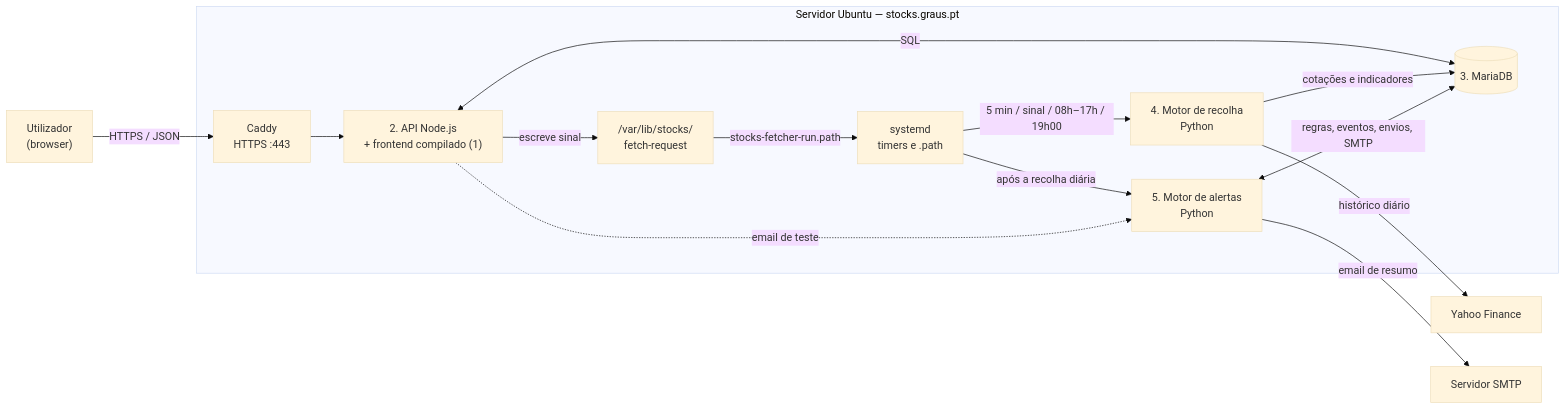
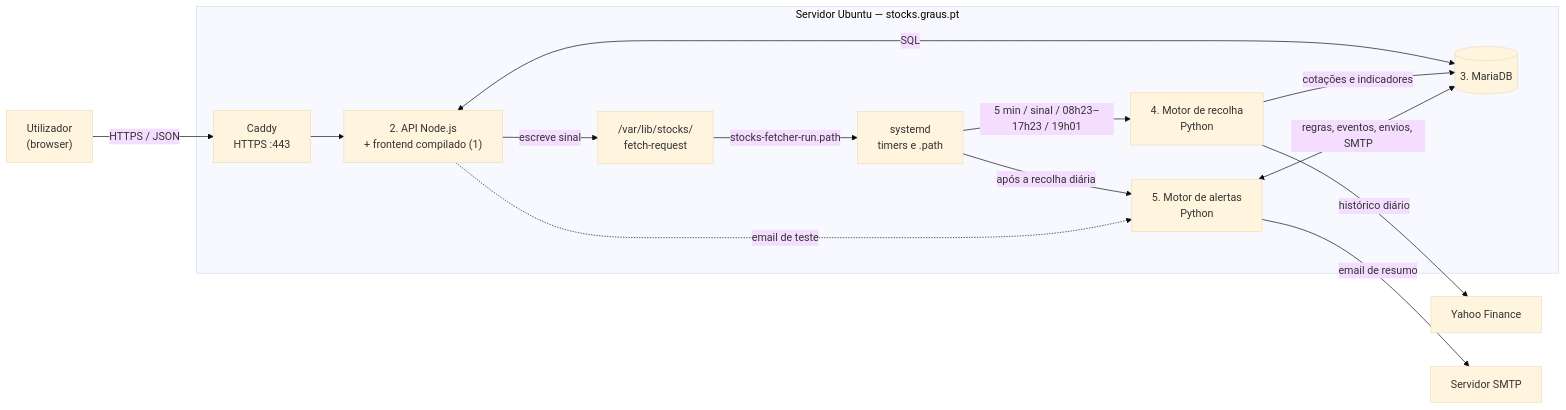
The diagram in docs/arquitectura/arquitectura.md (msant1972/stocks), drawn with Mermaid (base theme) before and after one commit. The commit also changed other lines of this file and 8 other files, not shown here.

````diff
--- a/docs/arquitectura/arquitectura.md
+++ b/docs/arquitectura/arquitectura.md
@@ -50,31 +50,31 @@
 ```mermaid
 flowchart LR
     U["Utilizador<br/>(browser)"]
 
     subgraph SERVER["Servidor Ubuntu — stocks.graus.pt"]
         CADDY["Caddy<br/>HTTPS :443"]
         API["2. API Node.js<br/>+ frontend compilado (1)"]
         DB[("3. MariaDB")]
         FETCH["4. Motor de recolha<br/>Python"]
         ALERT["5. Motor de alertas<br/>Python"]
         SYSD["systemd<br/>timers e .path"]
         SIG["/var/lib/stocks/<br/>fetch-request"]
 
         CADDY --> API
         API <-->|SQL| DB
         API -->|escreve sinal| SIG
         SIG -->|stocks-fetcher-run.path| SYSD
-        SYSD -->|5 min / sinal / 08h–17h / 19h00| FETCH
+        SYSD -->|5 min / sinal / 08h23–17h23 / 19h01| FETCH
         SYSD -->|após a recolha diária| ALERT
         FETCH -->|cotações e indicadores| DB
         ALERT <-->|regras, eventos, envios, SMTP| DB
         API -.->|email de teste| ALERT
     end
 
     YAHOO["Yahoo Finance"]
     SMTP["Servidor SMTP"]
 
     U -->|HTTPS / JSON| CADDY
     FETCH -->|histórico diário| YAHOO
     ALERT -->|email de resumo| SMTP
 ```
````
